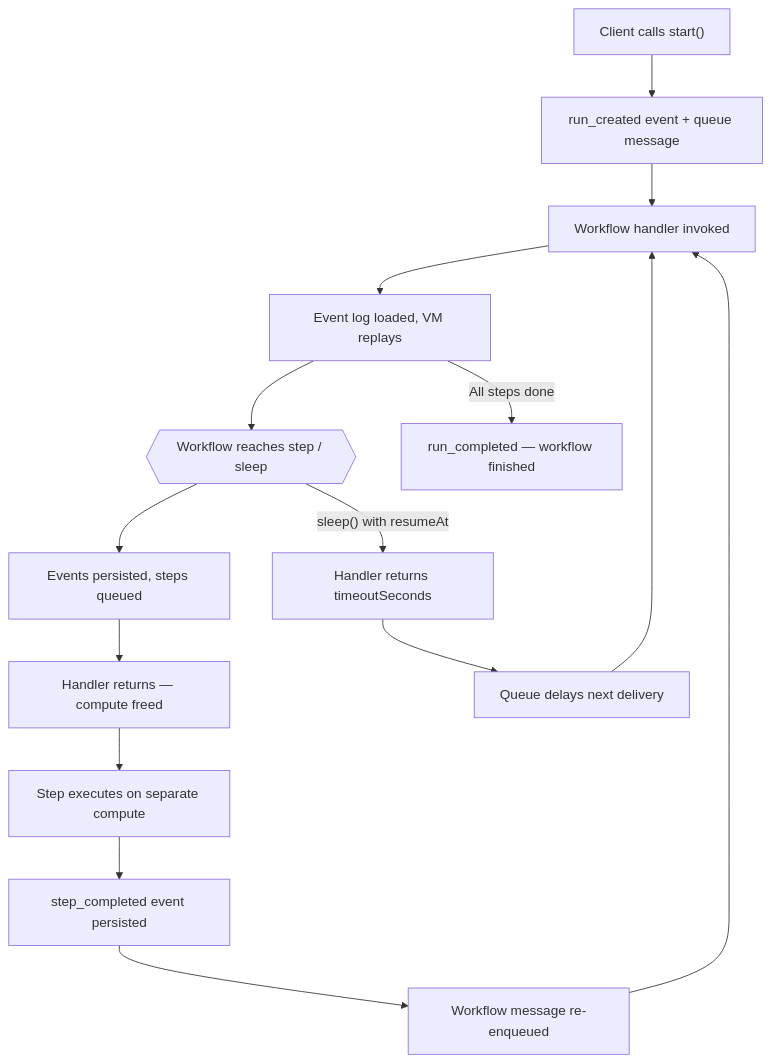
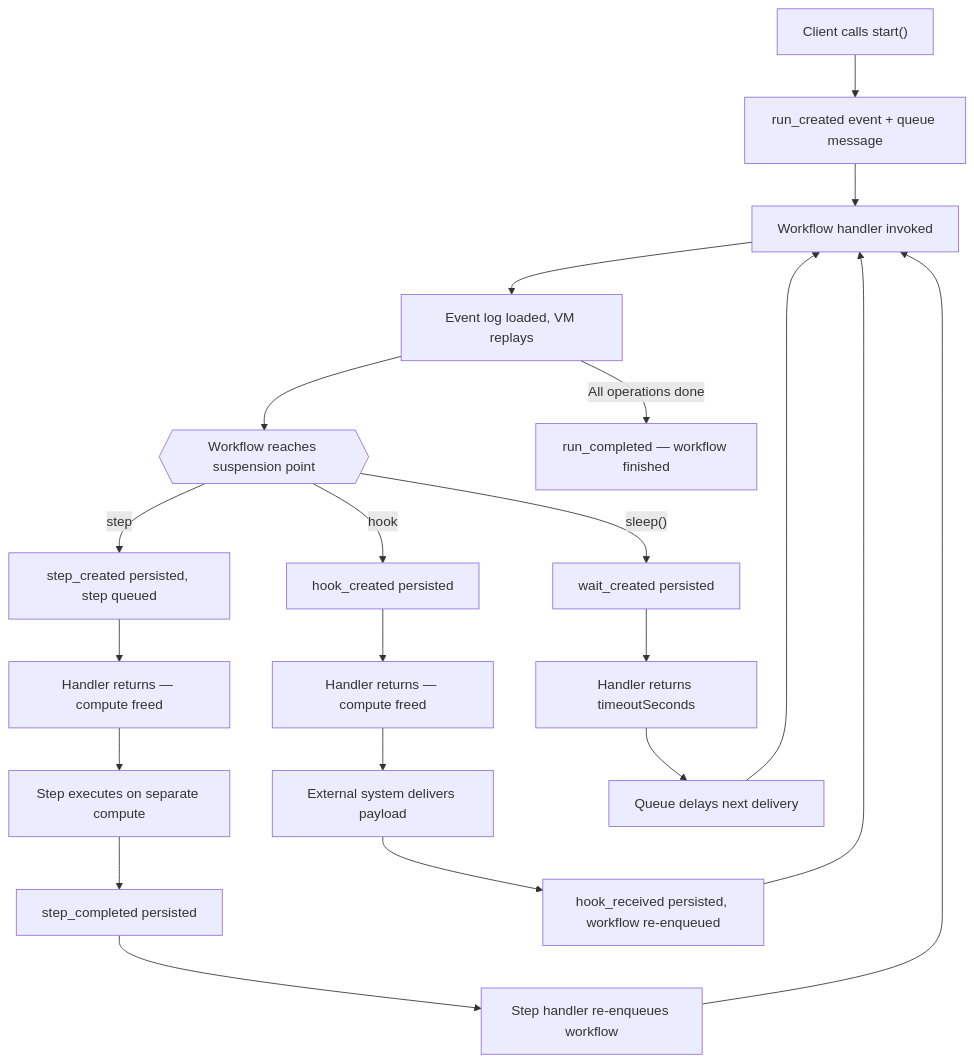
One commit to yikZero/workflow changed the diagram in docs/content/deep-dives/cost-model-fluid-compute-blog.mdx. Above: the diagram before and after it, drawn with Mermaid. The commit also changed other lines of this file and 1 other file, not shown here.

Commit message:
docs: tighten cost model deep dives
Clarify the cost-model narrative so launch materials make source-verifiable
claims about suspension, wake-up paths, and polling behavior.

This keeps the GA messaging aligned with the runtime's actual control
flow and avoids overclaiming where the implementation has narrower
semantics than the original copy suggested.

Ploop-Iter: 11

````diff
--- a/docs/content/deep-dives/cost-model-fluid-compute-blog.mdx
+++ b/docs/content/deep-dives/cost-model-fluid-compute-blog.mdx
@@ -257,17 +261,27 @@
 ```mermaid
 flowchart TD
     A["Client calls start()"] --> B["run_created event + queue message"]
     B --> C["Workflow handler invoked"]
     C --> D["Event log loaded, VM replays"]
-    D --> E{{"Workflow reaches step / sleep"}}
-    E --> F["Events persisted, steps queued"]
+    D --> E{{"Workflow reaches suspension point"}}
+
+    E -->|"step"| F["step_created persisted, step queued"]
     F --> G["Handler returns — compute freed"]
     G --> H["Step executes on separate compute"]
-    H --> I["step_completed event persisted"]
-    I --> J["Workflow message re-enqueued"]
+    H --> I["step_completed persisted"]
+    I --> J["Step handler re-enqueues workflow"]
     J --> C
-    E -->|"sleep() with resumeAt"| K["Handler returns timeoutSeconds"]
-    K --> L["Queue delays next delivery"]
-    L --> C
-    D -->|"All steps done"| M["run_completed — workflow finished"]
+
+    E -->|"hook"| K["hook_created persisted"]
+    K --> L["Handler returns — compute freed"]
+    L --> M["External system delivers payload"]
+    M --> N["hook_received persisted, workflow re-enqueued"]
+    N --> C
+
+    E -->|"sleep()"| O["wait_created persisted"]
+    O --> P["Handler returns timeoutSeconds"]
+    P --> Q["Queue delays next delivery"]
+    Q --> C
+
+    D -->|"All operations done"| R["run_completed — workflow finished"]
 ```
````
